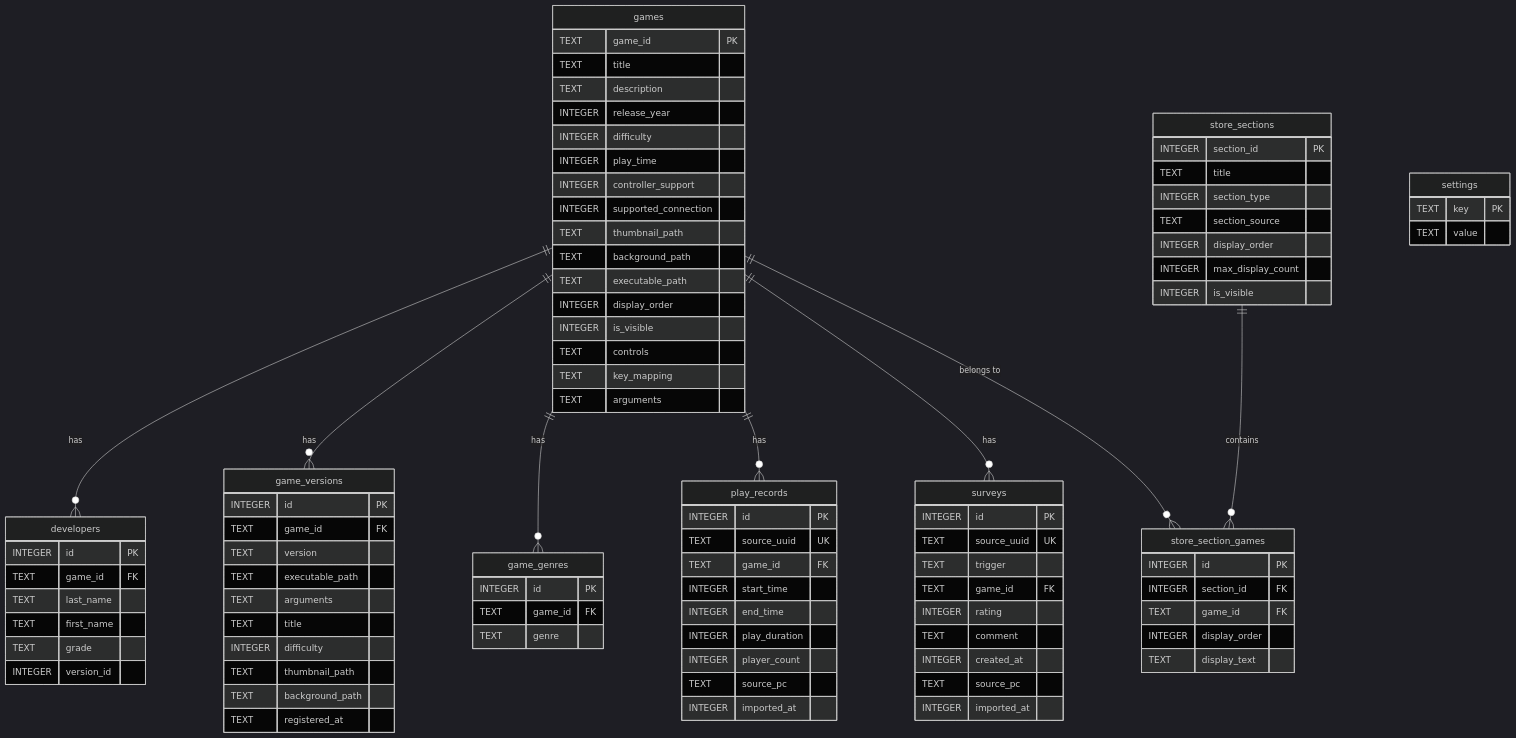
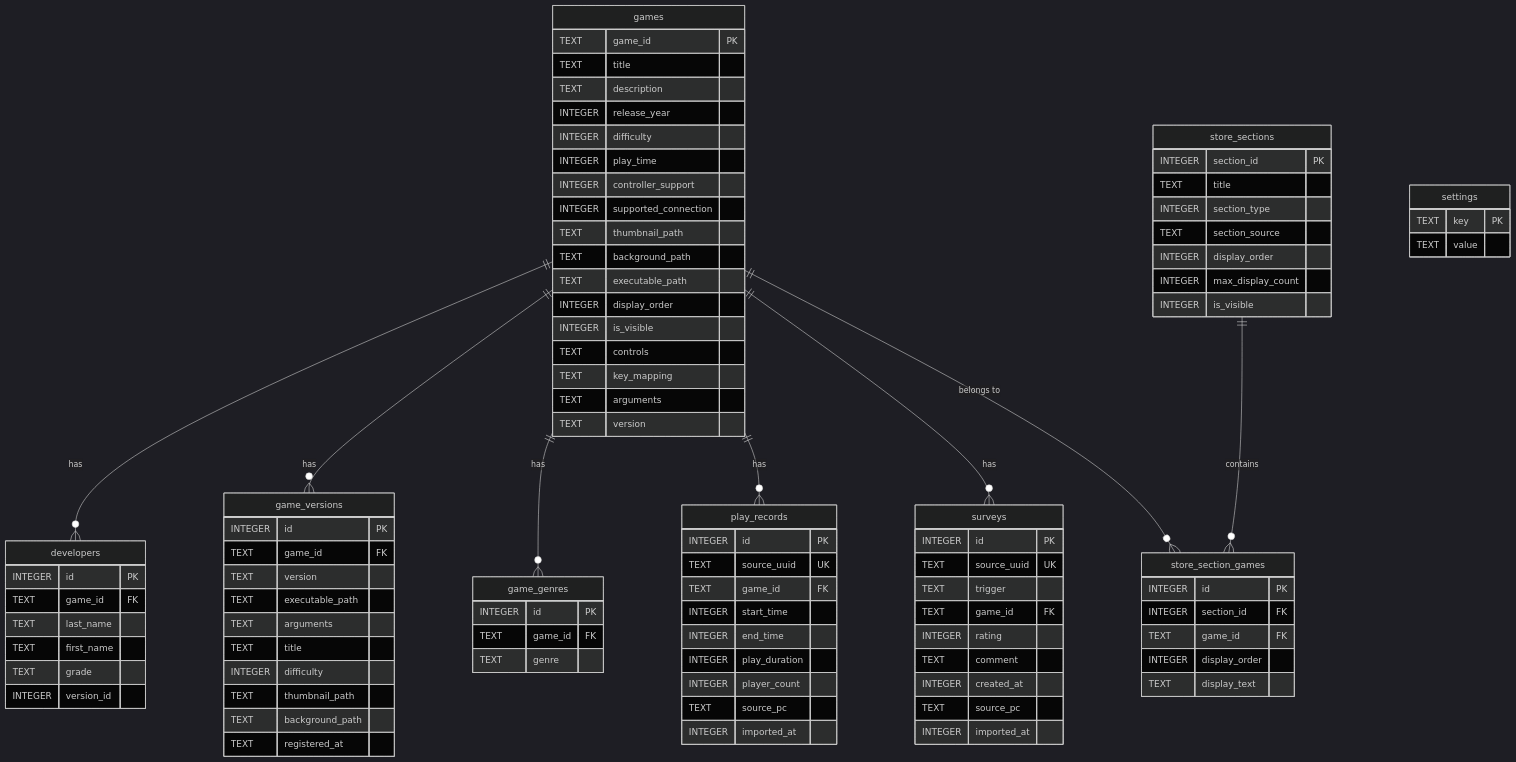
One commit to ken1208git/TonePrism changed the second of 2 diagrams in SPECIFICATION.md. Above: the diagram before and after it, drawn with Mermaid (dark theme). The commit also changed other lines of this file and 4 other files, not shown here.

```diff
--- a/SPECIFICATION.md
+++ b/SPECIFICATION.md
@@ -1837,6 +1841,7 @@
         TEXT controls
         TEXT key_mapping
         TEXT arguments
+        TEXT version
     }
     game_versions {
         INTEGER id PK
```
